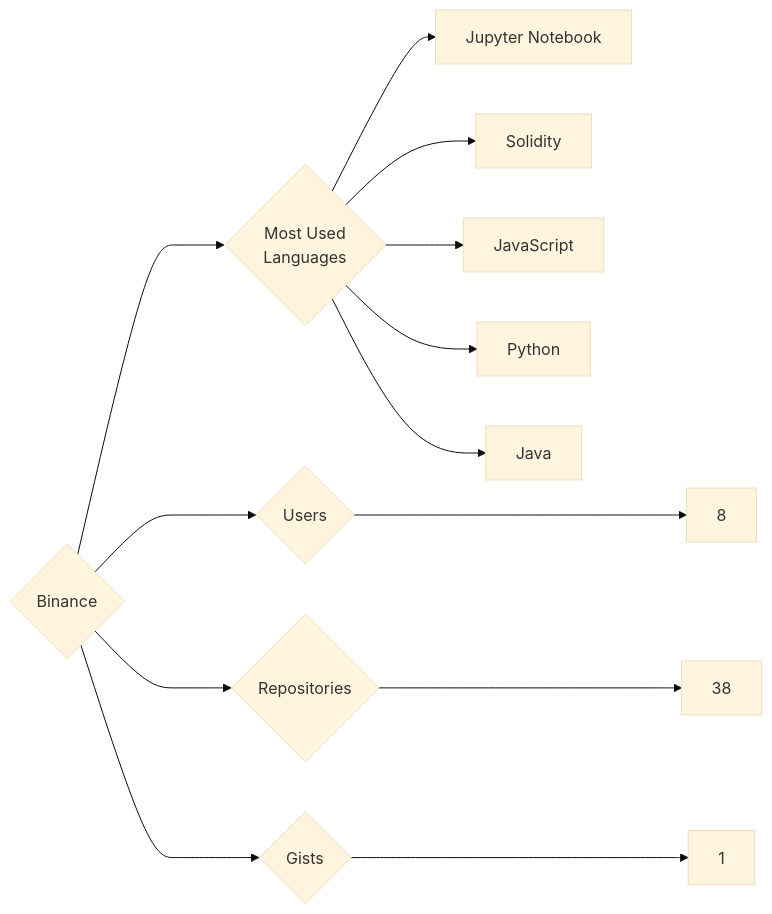
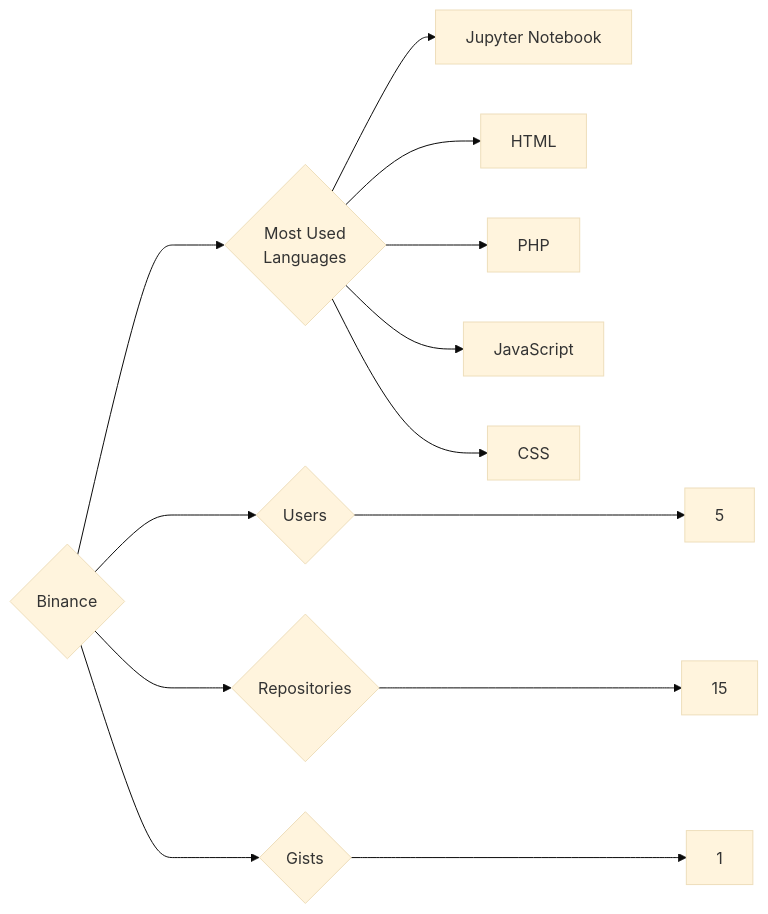
One commit to trickest/insiders changed the diagram in targets/Binance/README.md. Above: the diagram before and after it, drawn with Mermaid (base theme). The commit also changed 611 other files, not shown here.

````diff
--- a/targets/Binance/README.md
+++ b/targets/Binance/README.md
@@ -3,13 +3,13 @@
 ```mermaid
 graph LR
 COMPANY_NAME{Binance}
-COMPANY_NAME ---> U{Users} ---> UN[8]
-COMPANY_NAME ---> R{Repositories} ---> RN[38]
+COMPANY_NAME ---> U{Users} ---> UN[5]
+COMPANY_NAME ---> R{Repositories} ---> RN[15]
 COMPANY_NAME ---> G{Gists} ---> GN[1]
 COMPANY_NAME ---> ML{Most Used<br>Languages}
 ML --> Jupyter_Notebook[Jupyter Notebook]
-ML --> Solidity[Solidity]
+ML --> HTML[HTML]
+ML --> PHP[PHP]
 ML --> JavaScript[JavaScript]
-ML --> Python[Python]
-ML --> Java[Java]
+ML --> CSS[CSS]
 ```
````
